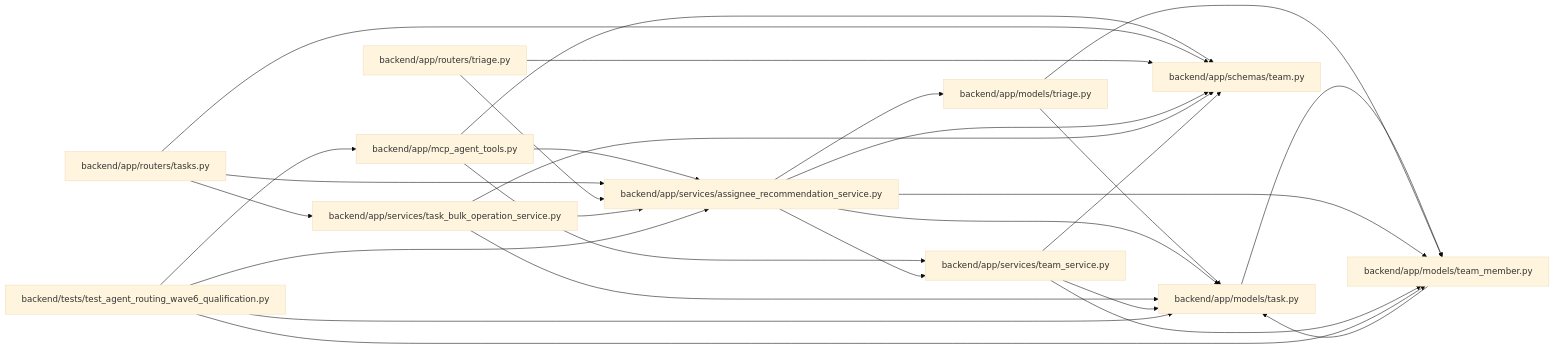
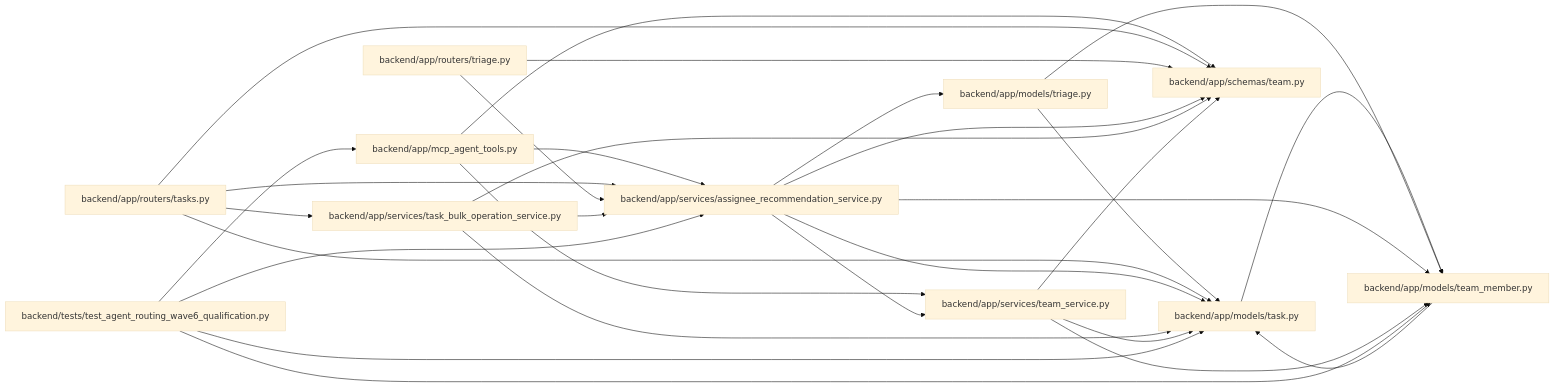
The diagram in docs/llm_wiki/modules/assignee_recommendation_service.md (Denissvgn/WorkChord), drawn with Mermaid (base theme) before and after one commit. The commit also changed 1238 other files, not shown here.

First line of the commit message:
docs(wiki): publish compact canonical domain architecture

````diff
--- a/docs/llm_wiki/modules/assignee_recommendation_service.md
+++ b/docs/llm_wiki/modules/assignee_recommendation_service.md
@@ -30,52 +30,53 @@
 ```mermaid
 flowchart LR
     n0["backend/app/mcp_agent_tools.py"]
     n1["backend/app/models/task.py"]
     n2["backend/app/models/team_member.py"]
     n3["backend/app/models/triage.py"]
     n4["backend/app/routers/tasks.py"]
     n5["backend/app/routers/triage.py"]
     n6["backend/app/schemas/team.py"]
     n7["backend/app/services/assignee_recommendation_service.py"]
     n8["backend/app/services/task_bulk_operation_service.py"]
     n9["backend/app/services/team_service.py"]
     n10["backend/tests/test_agent_routing_wave6_qualification.py"]
     n0 --> n6
     n0 --> n7
     n0 --> n9
     n1 --> n2
     n2 --> n1
     n3 --> n1
     n3 --> n2
+    n4 --> n1
     n4 --> n6
     n4 --> n7
     n4 --> n8
     n5 --> n6
     n5 --> n7
     n7 --> n1
     n7 --> n2
     n7 --> n3
     n7 --> n6
     n7 --> n9
     n8 --> n1
     n8 --> n6
     n8 --> n7
     n9 --> n1
     n9 --> n2
     n9 --> n6
     n10 --> n0
     n10 --> n1
     n10 --> n2
     n10 --> n7
     click n0 "../modules/mcp_agent_tools.md"
     click n1 "../modules/models_task.md"
     click n2 "../modules/team_member.md"
     click n3 "../modules/models_triage.md"
     click n4 "../modules/tasks.md"
     click n5 "../modules/routers_triage.md"
     click n6 "../modules/schemas_team.md"
     click n7 "../modules/assignee_recommendation_service.md"
     click n8 "../modules/task_bulk_operation_service.md"
     click n9 "../modules/team_service.md"
     click n10 "../modules/test_agent_routing_wave6_qualification.md"
 ```
````
